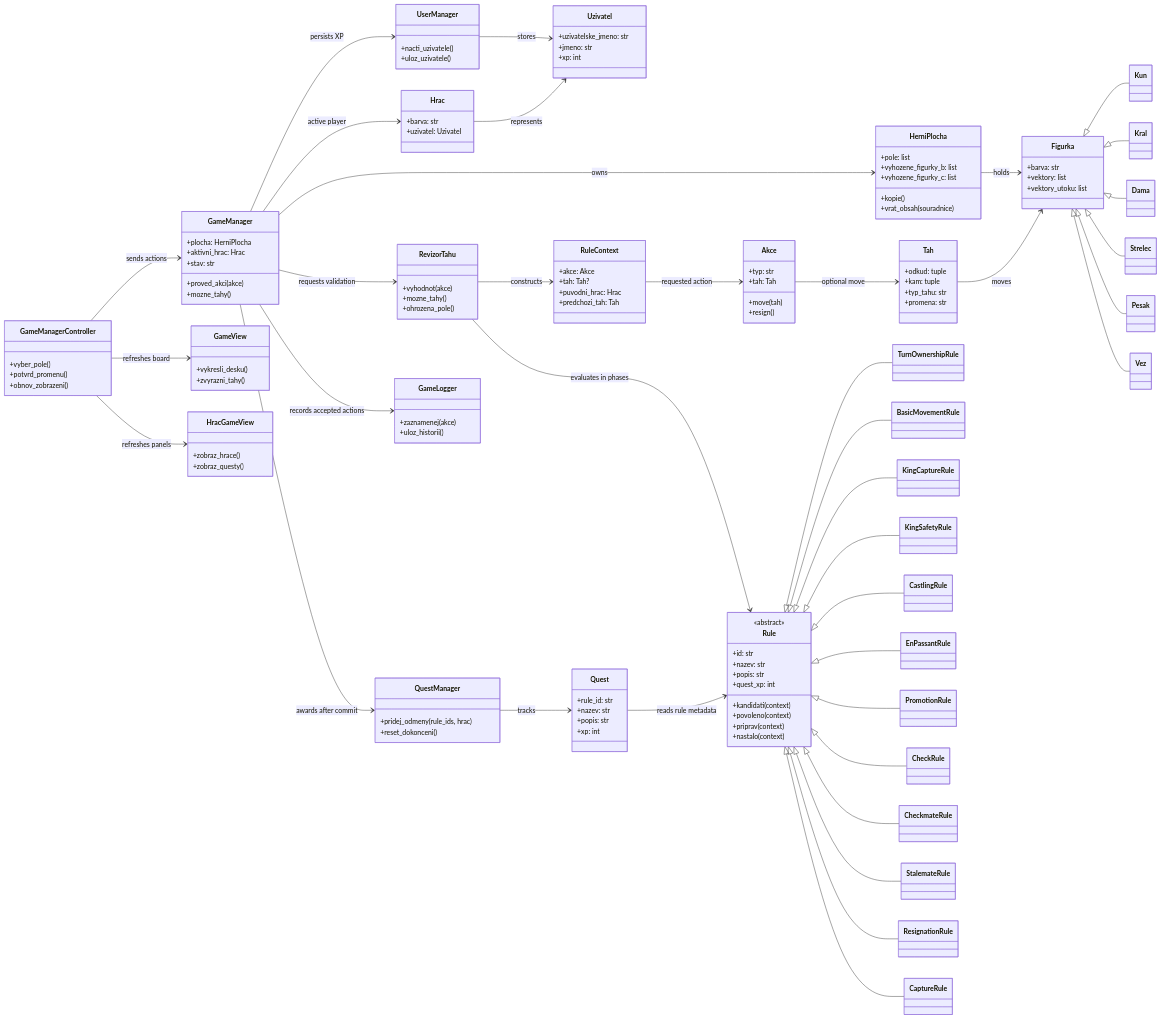
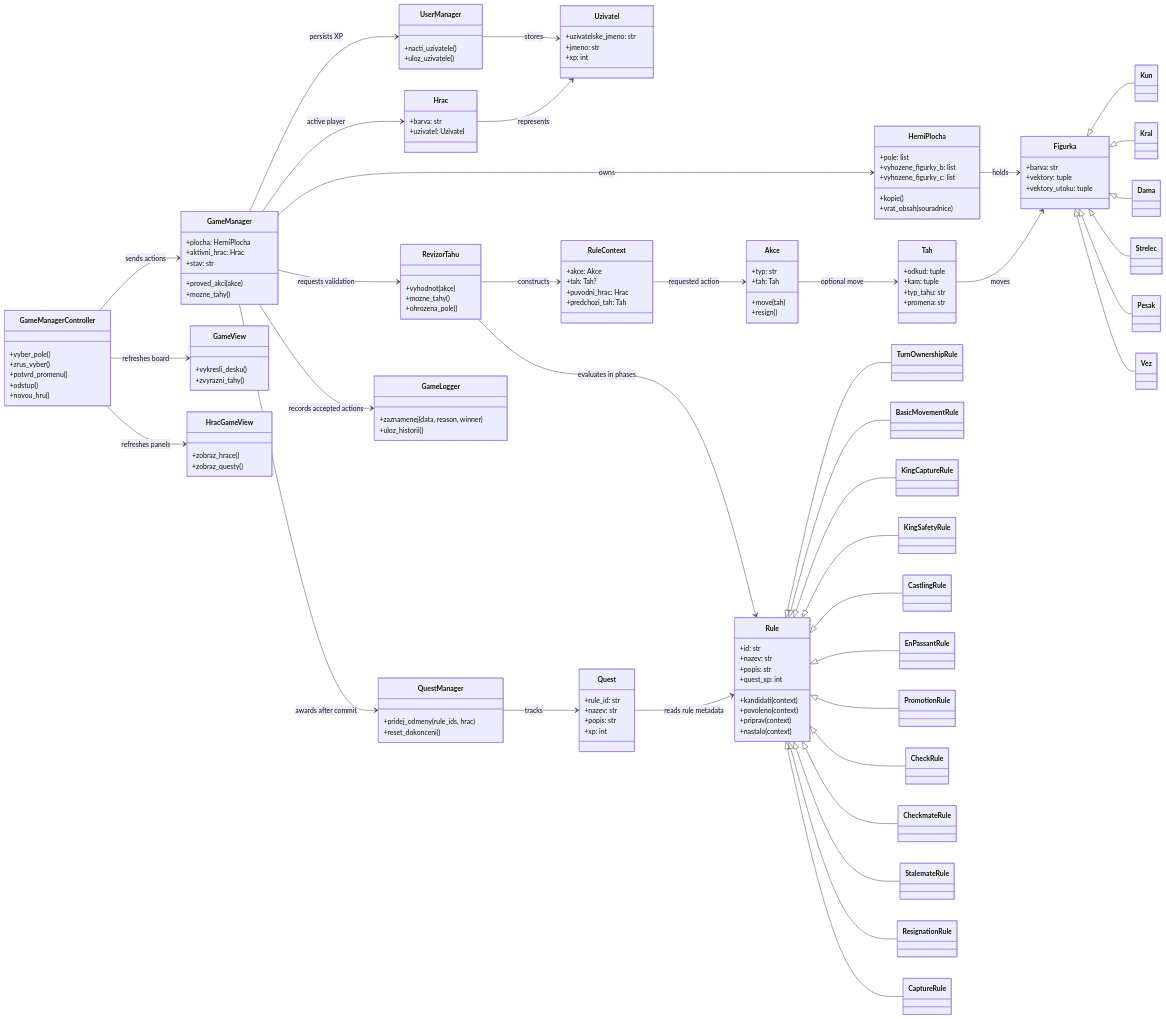
One commit to marius-patrik/BoardGamesWithQuests changed the first of 3 diagrams in .agents/PRD.md. Above: the diagram before and after it, drawn with Mermaid. The commit also changed other lines of this file, not shown here.

Commit message:
docs(v1): align PRD UML and UI descriptions with source

```diff
--- a/.agents/PRD.md
+++ b/.agents/PRD.md
@@ -172,8 +172,8 @@
 }
 class Figurka {
   +barva: str
-  +vektory: list
-  +vektory_utoku: list
+  +vektory: tuple
+  +vektory_utoku: tuple
 }
 class Kun
 class Kral
@@ -206,7 +206,6 @@
   +ohrozena_pole()
 }
 class Rule {
-  <<abstract>>
   +id: str
   +nazev: str
   +popis: str
@@ -245,13 +244,15 @@
   +reset_dokonceni()
 }
 class GameLogger {
-  +zaznamenej(akce)
+  +zaznamenej(data, reason, winner)
   +uloz_historii()
 }
 class GameManagerController {
   +vyber_pole()
+  +zrus_vyber()
   +potvrd_promenu()
-  +obnov_zobrazeni()
+  +odstup()
+  +novou_hru()
 }
 class GameView {
   +vykresli_desku()
```
